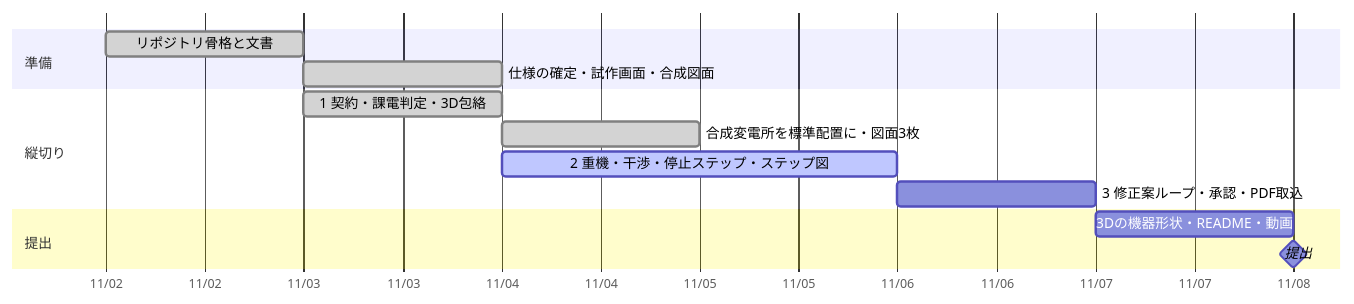
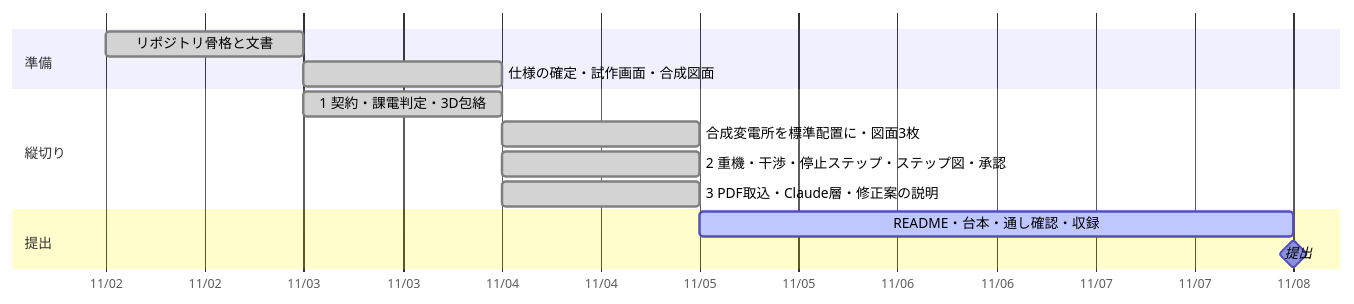
The diagram in STATUS.md (Daxion1578/Minimum-Approach-Area-Indicator), drawn with Mermaid before and after one commit. The commit also changed other lines of this file and 1 other file, not shown here.

````diff
--- a/STATUS.md
+++ b/STATUS.md
@@ -3,16 +3,16 @@
 ```mermaid
 gantt
   dateFormat YYYY-MM-DD
   axisFormat %m/%d
   section 準備
   リポジトリ骨格と文書          :done,   p1, 2026-11-02, 1d
   仕様の確定・試作画面・合成図面  :done,   p2, 2026-11-03, 1d
   section 縦切り
   1 契約・課電判定・3D包絡       :done,   s1, 2026-11-03, 1d
   合成変電所を標準配置に・図面3枚 :done,   s1b, 2026-11-04, 1d
-  2 重機・干渉・停止ステップ・ステップ図 :active, s2, 2026-11-04, 2d
-  3 修正案ループ・承認・PDF取込   :        s3, 2026-11-06, 1d
+  2 重機・干渉・停止ステップ・ステップ図・承認 :done, s2, 2026-11-04, 1d
+  3 PDF取込・Claude層・修正案の説明 :done, s3, 2026-11-04, 1d
   section 提出
-  3Dの機器形状・README・動画     :        v1, 2026-11-07, 1d
+  README・台本・通し確認・収録    :active, v1, 2026-11-05, 3d
   提出                           :milestone, m1, 2026-11-08, 0d
 ```
````
